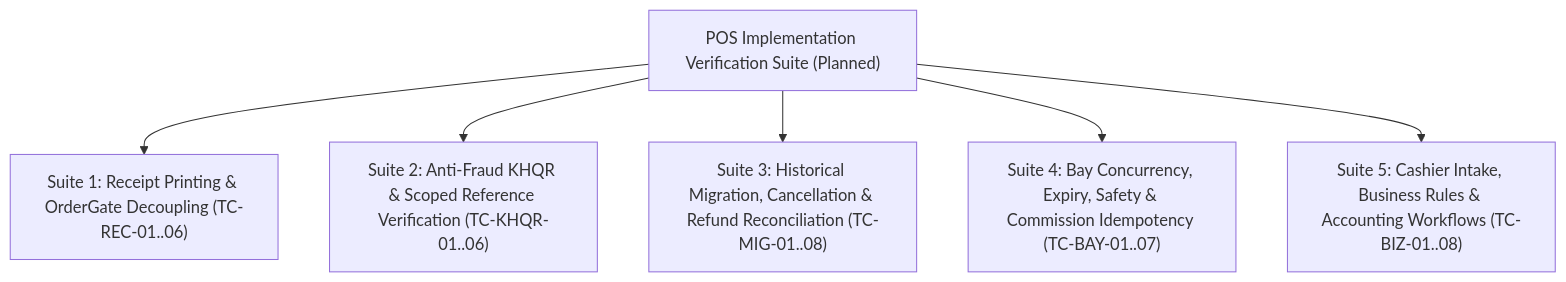
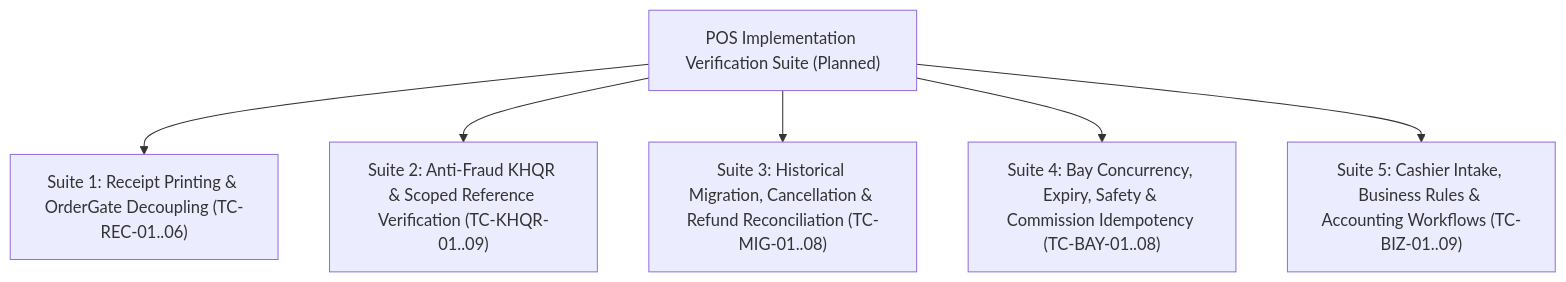
Before and after one commit to Tiffy-gif/Car-WashService: the diagram in POS-IMPLEMENTATION-TEST-MATRIX.md, drawn with Mermaid. The commit also changed other lines of this file and 4 other files, not shown here.

````diff
--- a/POS-IMPLEMENTATION-TEST-MATRIX.md
+++ b/POS-IMPLEMENTATION-TEST-MATRIX.md
@@ -22,16 +22,16 @@
 ```mermaid
 graph TD
     Suite["POS Implementation Verification Suite (Planned)"]
     
     T1["Suite 1: Receipt Printing & OrderGate Decoupling (TC-REC-01..06)"]
-    T2["Suite 2: Anti-Fraud KHQR & Scoped Reference Verification (TC-KHQR-01..06)"]
+    T2["Suite 2: Anti-Fraud KHQR & Scoped Reference Verification (TC-KHQR-01..09)"]
     T3["Suite 3: Historical Migration, Cancellation & Refund Reconciliation (TC-MIG-01..08)"]
-    T4["Suite 4: Bay Concurrency, Expiry, Safety & Commission Idempotency (TC-BAY-01..07)"]
-    T5["Suite 5: Cashier Intake, Business Rules & Accounting Workflows (TC-BIZ-01..08)"]
+    T4["Suite 4: Bay Concurrency, Expiry, Safety & Commission Idempotency (TC-BAY-01..08)"]
+    T5["Suite 5: Cashier Intake, Business Rules & Accounting Workflows (TC-BIZ-01..09)"]
 
     Suite --> T1
     Suite --> T2
     Suite --> T3
     Suite --> T4
     Suite --> T5
 ```
````
